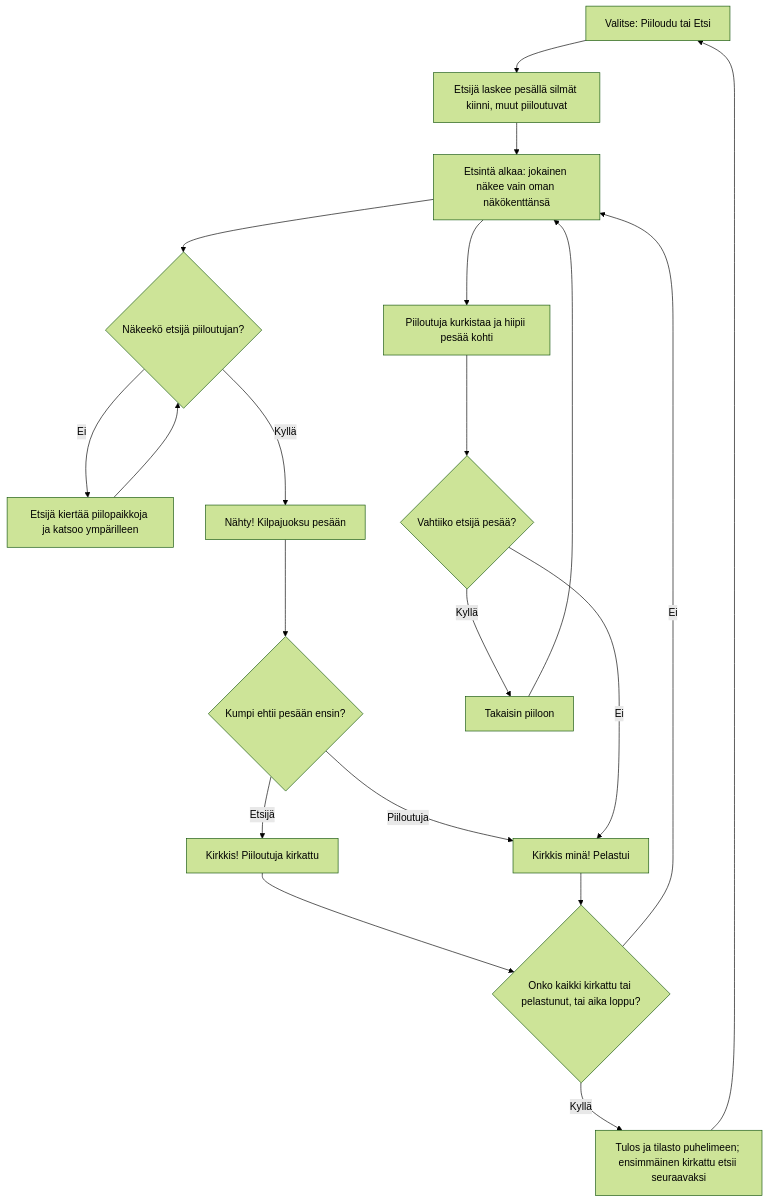
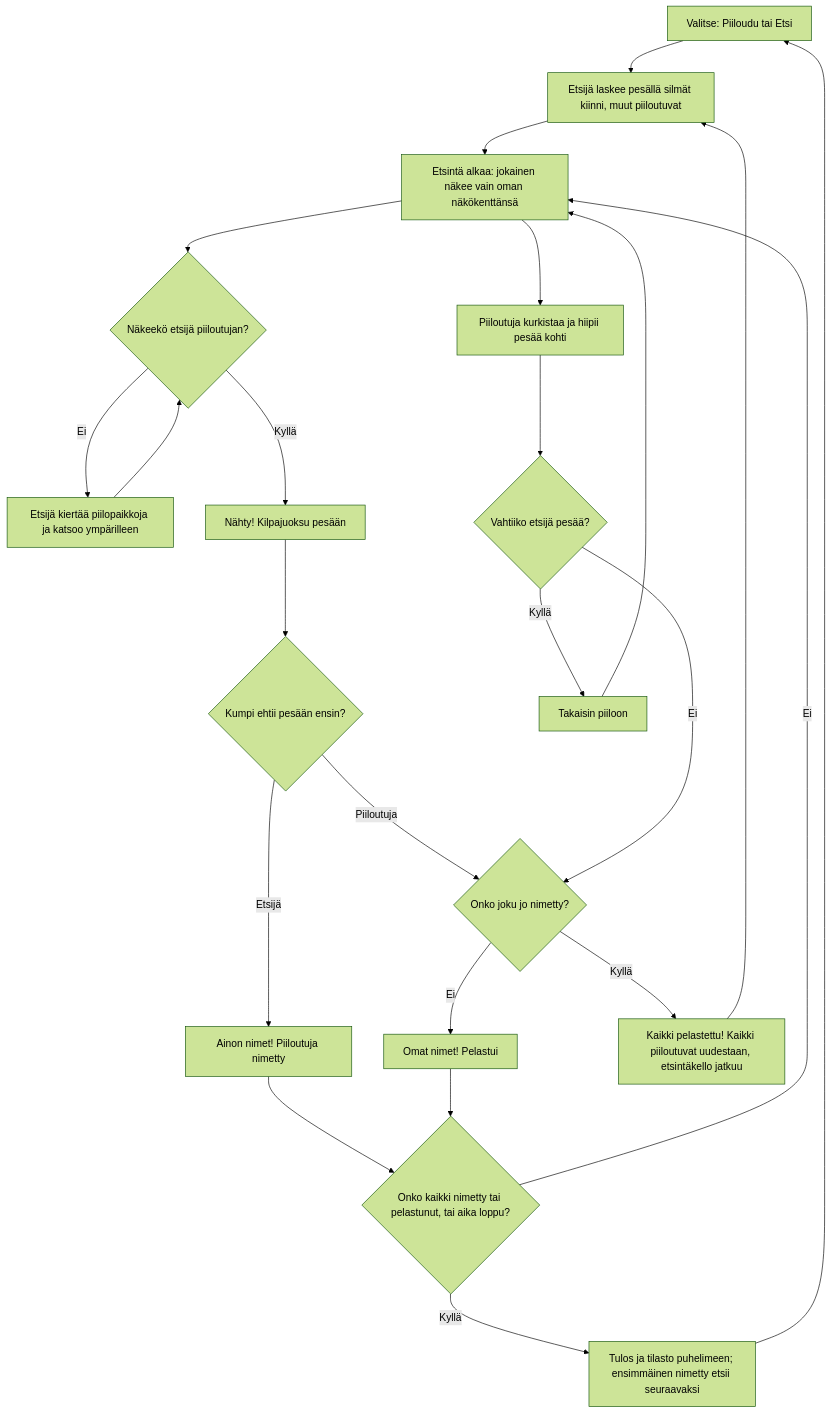
The diagram in docs/diagrams/kirkkis.md (eerovil/ai-pelit), drawn with Mermaid (forest theme) before and after one commit. The commit also changed other lines of this file and 4 other files, not shown here.

First line of the commit message:
Kirkkis v4: the real calls and "Kaikki pelastettu" (#67)

````diff
--- a/docs/diagrams/kirkkis.md
+++ b/docs/diagrams/kirkkis.md
@@ -8,28 +11,31 @@
 ```mermaid
 flowchart TD
   A[Valitse: Piiloudu tai Etsi] --> B[Etsijä laskee pesällä silmät kiinni, muut piiloutuvat]
   B --> C[Etsintä alkaa: jokainen näkee vain oman näkökenttänsä]
   C --> D{Näkeekö etsijä piiloutujan?}
   D -- Ei --> E[Etsijä kiertää piilopaikkoja ja katsoo ympärilleen]
   E --> D
   D -- Kyllä --> F[Nähty! Kilpajuoksu pesään]
   F --> G{Kumpi ehtii pesään ensin?}
-  G -- Etsijä --> H[Kirkkis! Piiloutuja kirkattu]
-  G -- Piiloutuja --> I[Kirkkis minä! Pelastui]
+  G -- Etsijä --> H[Ainon nimet! Piiloutuja nimetty]
+  G -- Piiloutuja --> P{Onko joku jo nimetty?}
+  P -- Ei --> I[Omat nimet! Pelastui]
+  P -- Kyllä --> Q[Kaikki pelastettu! Kaikki piiloutuvat uudestaan, etsintäkello jatkuu]
+  Q --> B
   C --> J[Piiloutuja kurkistaa ja hiipii pesää kohti]
   J --> K{Vahtiiko etsijä pesää?}
   K -- Kyllä --> L[Takaisin piiloon]
-  K -- Ei --> I
+  K -- Ei --> P
   L --> C
-  H --> M{Onko kaikki kirkattu tai pelastunut, tai aika loppu?}
+  H --> M{Onko kaikki nimetty tai pelastunut, tai aika loppu?}
   I --> M
   M -- Ei --> C
-  M -- Kyllä --> N[Tulos ja tilasto puhelimeen; ensimmäinen kirkattu etsii seuraavaksi]
+  M -- Kyllä --> N[Tulos ja tilasto puhelimeen; ensimmäinen nimetty etsii seuraavaksi]
   N --> A
   class A,N blue
-  class D,G,K,M amber
+  class D,G,K,M,P amber
   class B,C,E violet
   class F,J,L teal
-  class I green
+  class I,Q green
   class H rose
 ```
````
